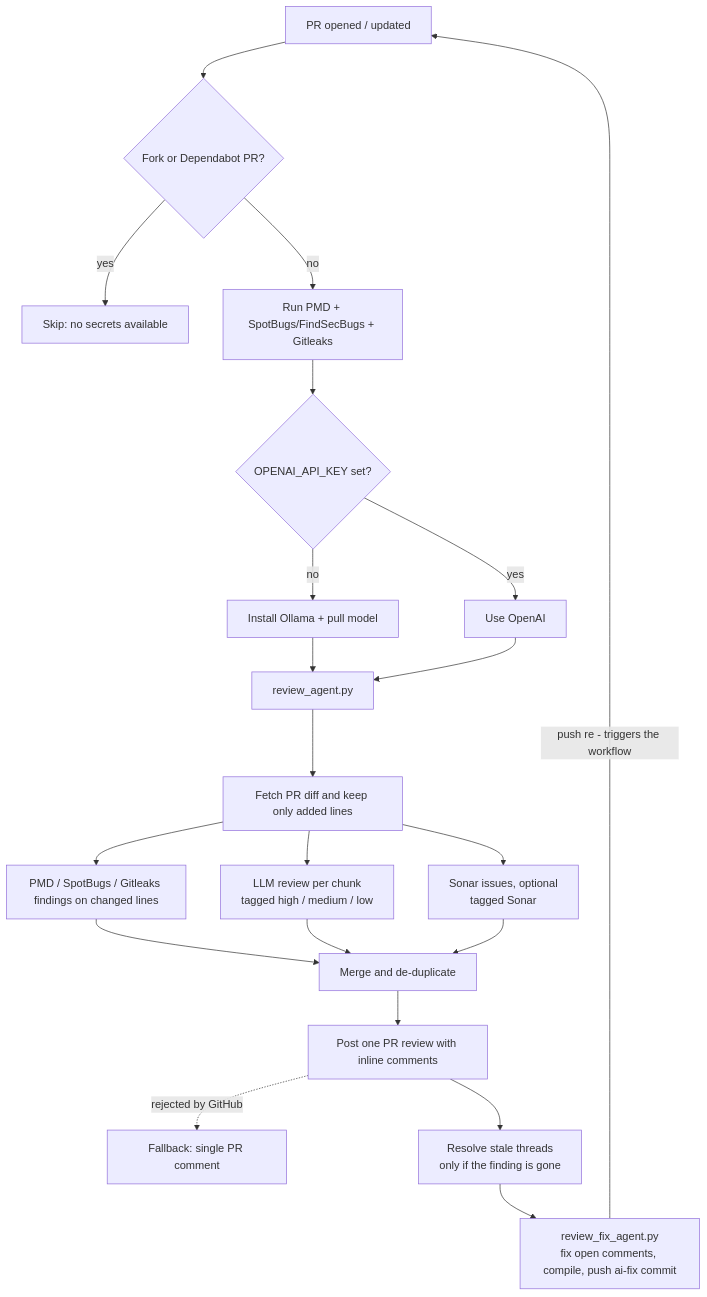
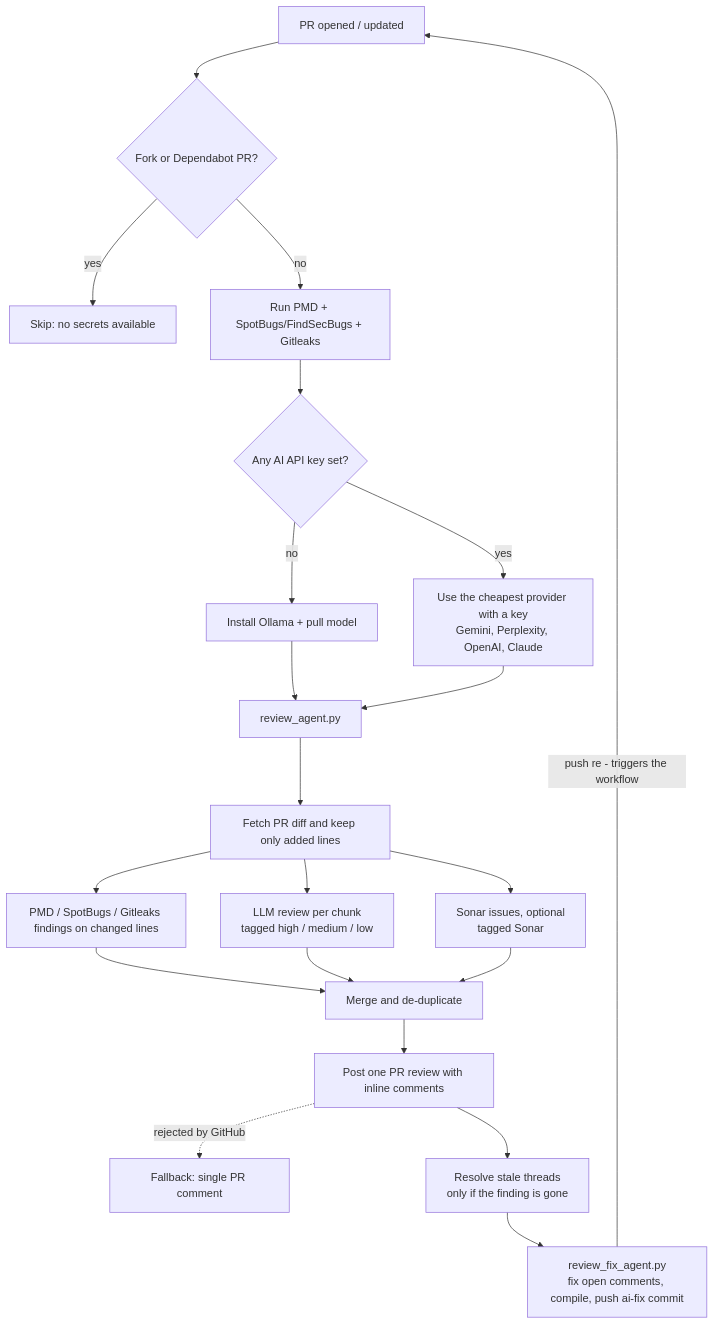
One commit to musabbozkurt/oauth2-authorization-server changed the diagram in docs/agent/README.md. Above: the diagram before and after it, drawn with Mermaid. The commit also changed other lines of this file and 3 other files, not shown here.

````diff
--- a/docs/agent/README.md
+++ b/docs/agent/README.md
@@ -7,23 +7,23 @@
 ```mermaid
 flowchart TD
     A[PR opened / updated] --> B{Fork or Dependabot PR?}
     B -- yes --> Z[Skip: no secrets available]
     B -- no --> C[Run PMD + SpotBugs/FindSecBugs + Gitleaks]
-    C --> D{OPENAI_API_KEY set?}
+    C --> D{Any AI API key set?}
     D -- no --> E[Install Ollama + pull model]
-    D -- yes --> F[Use OpenAI]
+    D -- yes --> F[Use the cheapest provider with a key<br/>Gemini, Perplexity, OpenAI, Claude]
     E --> G[review_agent.py]
     F --> G
     G --> H[Fetch PR diff and keep only added lines]
     H --> I[PMD / SpotBugs / Gitleaks findings on changed lines]
     H --> J[LLM review per chunk<br/>tagged high / medium / low]
     H --> K[Sonar issues, optional<br/>tagged Sonar]
     I --> L[Merge and de-duplicate]
     J --> L
     K --> L
     L --> M[Post one PR review with inline comments]
     M -. rejected by GitHub .-> N[Fallback: single PR comment]
     M --> S[Resolve stale threads<br/>only if the finding is gone]
     S --> X[review_fix_agent.py<br/>fix open comments, compile, push ai-fix commit]
     X -- push re - triggers the workflow --> A
 ```
````
